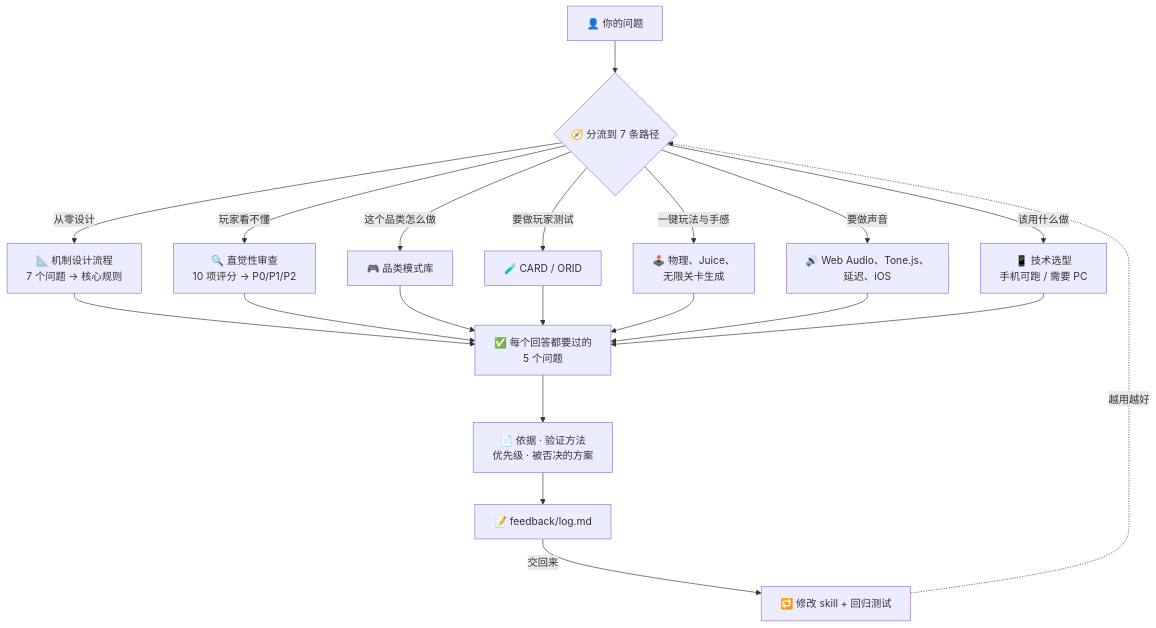
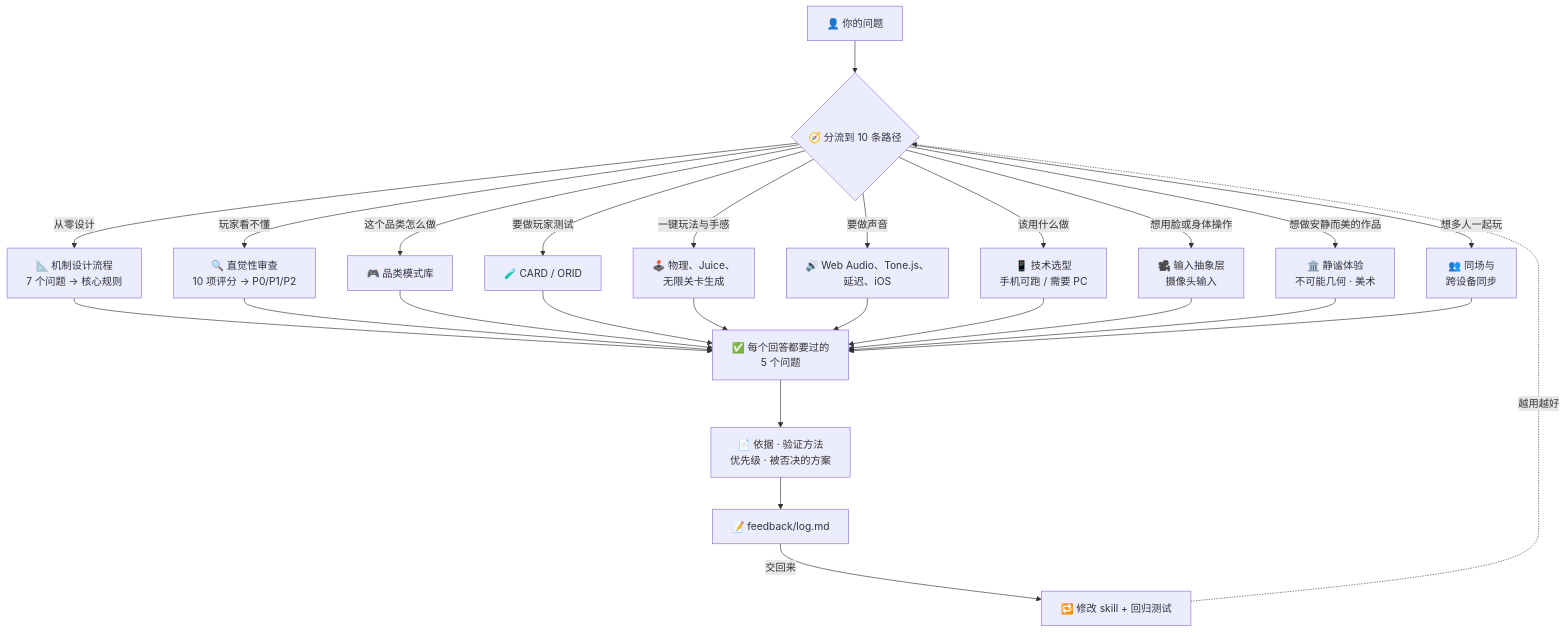
The diagram in README.zh-CN.md (takaoumehara/intuitive-game-design-skill), drawn with Mermaid before and after one commit. The commit also changed other lines of this file and 24 other files, not shown here.

````diff
--- a/README.zh-CN.md
+++ b/README.zh-CN.md
@@ -24,18 +24,21 @@
 ```mermaid
 flowchart TD
-    U["👤 你的问题"] --> R{"🧭 分流到 7 条路径"}
+    U["👤 你的问题"] --> R{"🧭 分流到 10 条路径"}
 
     R -->|"从零设计"| A["📐 机制设计流程<br/>7 个问题 → 核心规则"]
     R -->|"玩家看不懂"| B["🔍 直觉性审查<br/>10 项评分 → P0/P1/P2"]
     R -->|"这个品类怎么做"| C["🎮 品类模式库"]
     R -->|"要做玩家测试"| D["🧪 CARD / ORID"]
     R -->|"一键玩法与手感"| E["🕹️ 物理、Juice、<br/>无限关卡生成"]
     R -->|"要做声音"| F["🔊 Web Audio、Tone.js、<br/>延迟、iOS"]
     R -->|"该用什么做"| G["📱 技术选型<br/>手机可跑 / 需要 PC"]
+    R -->|"想用脸或身体操作"| H["🎥 输入抽象层<br/>摄像头输入"]
+    R -->|"想做安静而美的作品"| I["🏛️ 静谧体验<br/>不可能几何 · 美术"]
+    R -->|"想多人一起玩"| J["👥 同场与<br/>跨设备同步"]
 
-    A & B & C & D & E & F & G --> Q["✅ 每个回答都要过的<br/>5 个问题"]
+    A & B & C & D & E & F & G & H & I & J --> Q["✅ 每个回答都要过的<br/>5 个问题"]
     Q --> O["📄 依据 · 验证方法<br/>优先级 · 被否决的方案"]
     O --> L["📝 feedback/log.md"]
     L -->|"交回来"| FIX["🔁 修改 skill + 回归测试"]
     FIX -.->|"越用越好"| R
 ```
````
